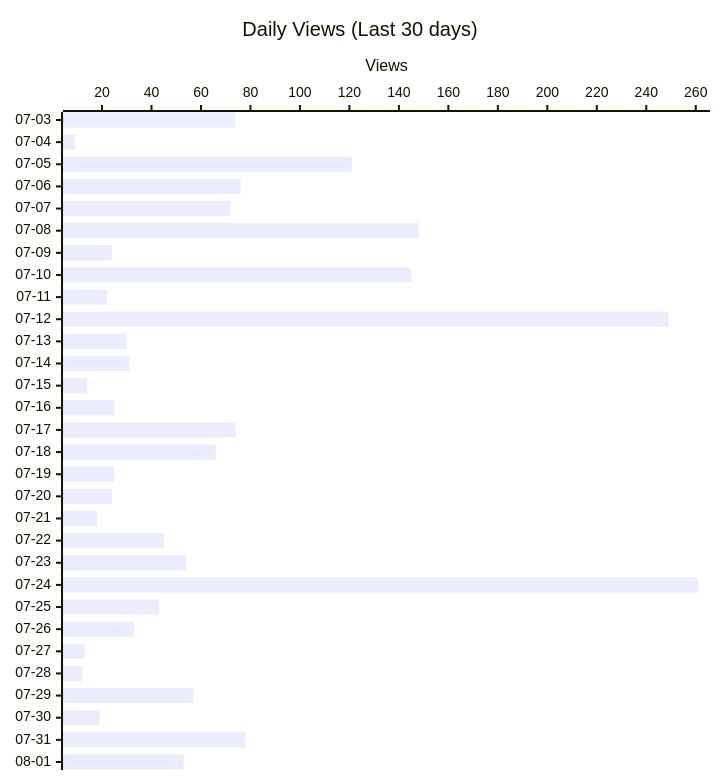
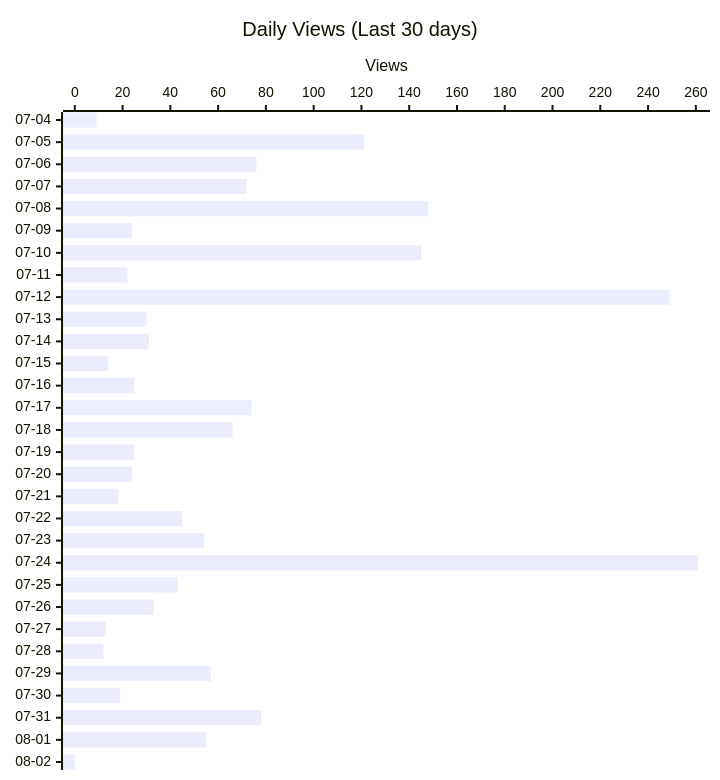
The second of 4 diagrams in README.md (shigechika/github-insights), drawn with Mermaid before and after one commit. The commit also changed other lines of this file and 2 other files, not shown here.

````diff
--- a/README.md
+++ b/README.md
@@ -28,12 +28,12 @@
 ```mermaid
 ---
 config:
   xyChart:
     height: 760
 ---
 xychart-beta horizontal
     title "Daily Views (Last 30 days)"
-    x-axis ["07-03", "07-04", "07-05", "07-06", "07-07", "07-08", "07-09", "07-10", "07-11", "07-12", "07-13", "07-14", "07-15", "07-16", "07-17", "07-18", "07-19", "07-20", "07-21", "07-22", "07-23", "07-24", "07-25", "07-26", "07-27", "07-28", "07-29", "07-30", "07-31", "08-01"]
+    x-axis ["07-04", "07-05", "07-06", "07-07", "07-08", "07-09", "07-10", "07-11", "07-12", "07-13", "07-14", "07-15", "07-16", "07-17", "07-18", "07-19", "07-20", "07-21", "07-22", "07-23", "07-24", "07-25", "07-26", "07-27", "07-28", "07-29", "07-30", "07-31", "08-01", "08-02"]
     y-axis "Views"
-    bar [74, 9, 121, 76, 72, 148, 24, 145, 22, 249, 30, 31, 14, 25, 74, 66, 25, 24, 18, 45, 54, 261, 43, 33, 13, 12, 57, 19, 78, 53]
+    bar [9, 121, 76, 72, 148, 24, 145, 22, 249, 30, 31, 14, 25, 74, 66, 25, 24, 18, 45, 54, 261, 43, 33, 13, 12, 57, 19, 78, 55, 0]
 ```
````
